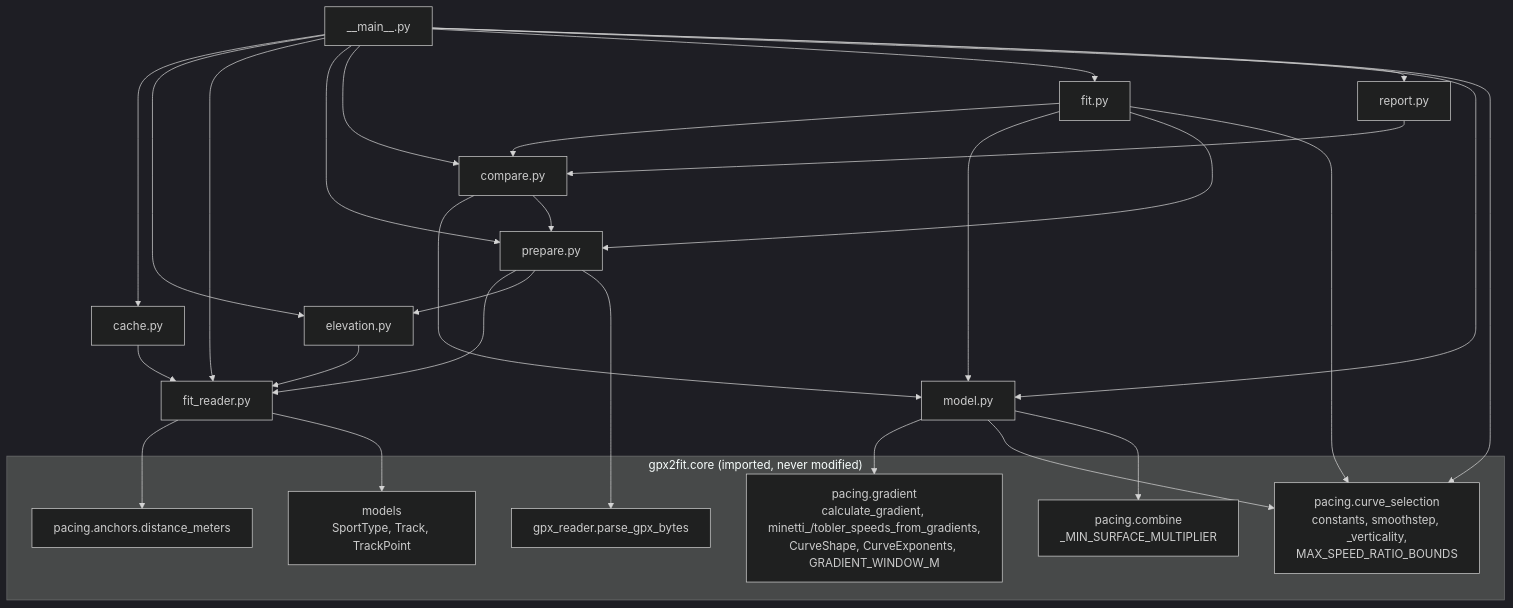
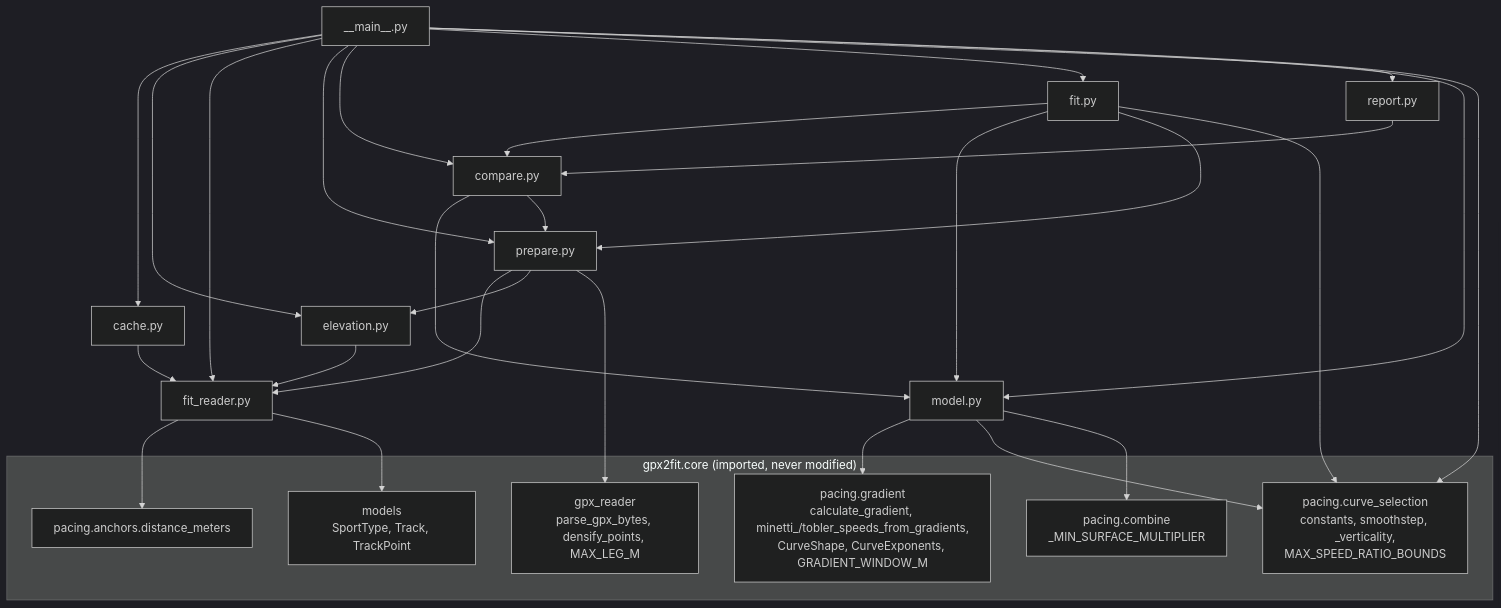
One commit to martin-iflap/GPX_to_FIT changed the first of 16 diagrams in docs/TUNING_ARCHITECTURE.md. Above: the diagram before and after it, drawn with Mermaid (dark theme). The commit also changed other lines of this file and 7 other files, not shown here.

Commit message:
densify track for sparse .gpx files for better accuracy (also because fit writer writes at 1Hz). Harness uses this logic but compares only to real recorded points.

````diff
--- a/docs/TUNING_ARCHITECTURE.md
+++ b/docs/TUNING_ARCHITECTURE.md
@@ -73,49 +73,49 @@
 ```mermaid
 flowchart TD
   main["__main__.py"]
   cache["cache.py"]
   fr["fit_reader.py"]
   elev["elevation.py"]
   prep["prepare.py"]
   model["model.py"]
   cmp["compare.py"]
   fit["fit.py"]
   rep["report.py"]
 
   main --> cache
   main --> elev
   main --> fr
   main --> prep
   main --> cmp
   main --> fit
   main --> rep
   main --> model
   cache --> fr
   elev --> fr
   prep --> fr
   prep --> elev
   cmp --> model
   cmp --> prep
   fit --> cmp
   fit --> model
   fit --> prep
   rep --> cmp
 
   subgraph core["gpx2fit.core (imported, never modified)"]
     models["models<br/>SportType, Track, TrackPoint"]
-    gpxr["gpx_reader.parse_gpx_bytes"]
+    gpxr["gpx_reader<br/>parse_gpx_bytes, densify_points, MAX_LEG_M"]
     grad["pacing.gradient<br/>calculate_gradient, minetti_/tobler_speeds_from_gradients,<br/>CurveShape, CurveExponents, GRADIENT_WINDOW_M"]
     cs["pacing.curve_selection<br/>constants, smoothstep, _verticality,<br/>MAX_SPEED_RATIO_BOUNDS"]
     comb["pacing.combine<br/>_MIN_SURFACE_MULTIPLIER"]
     anc["pacing.anchors.distance_meters"]
   end
 
   fr --> anc
   fr --> models
   prep --> gpxr
   model --> grad
   model --> cs
   model --> comb
   fit --> cs
   main --> cs
 ```
````
